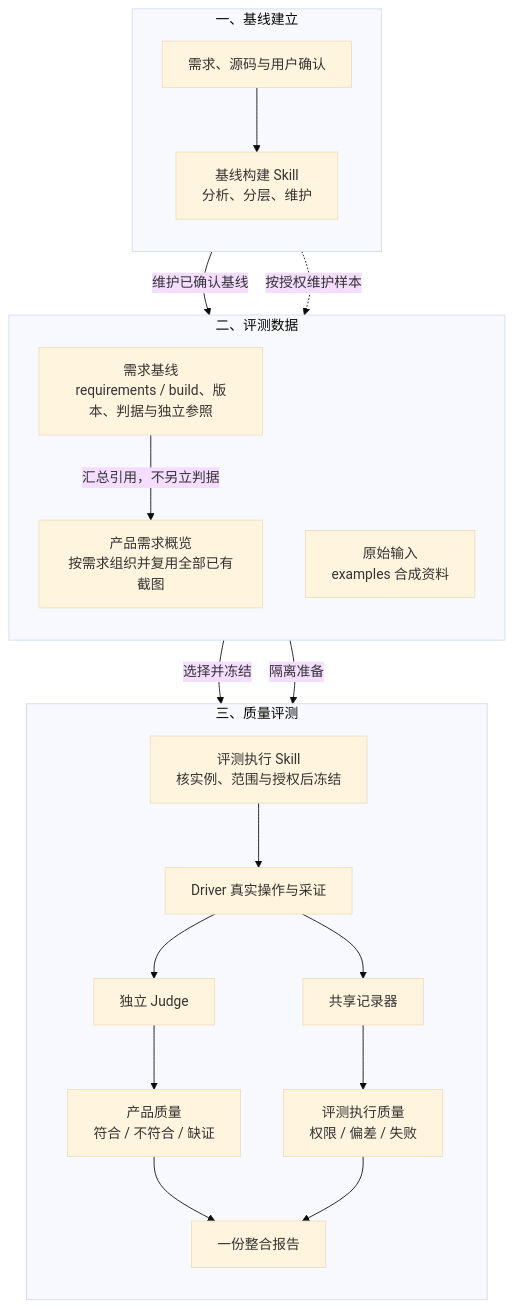
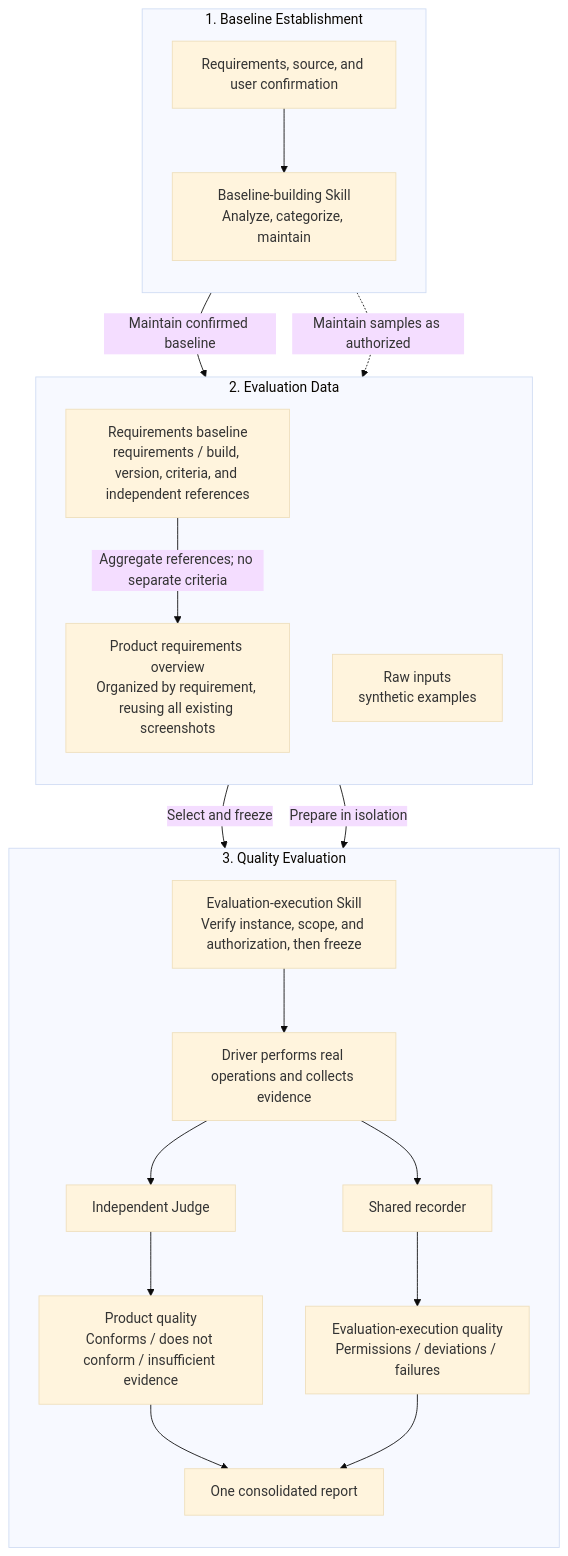
One commit to alibaba-damo-academy/ScholarSeed changed the first of 3 diagrams in apps/desktop/docs/architecture/evaluation.md. Above: the diagram before and after it, drawn with Mermaid (base theme). The commit also changed other lines of this file and 96 other files, not shown here.

````diff
--- a/apps/desktop/docs/architecture/evaluation.md
+++ b/apps/desktop/docs/architecture/evaluation.md
@@ -78,28 +56,28 @@
 ```mermaid
 flowchart TB
-    subgraph BuildArea["一、基线建立"]
+    subgraph BuildArea["1. Baseline Establishment"]
         direction TB
-        Source["需求、源码与用户确认"] --> Build["基线构建 Skill<br/>分析、分层、维护"]
+        Source["Requirements, source, and user confirmation"] --> Build["Baseline-building Skill<br/>Analyze, categorize, maintain"]
     end
-    subgraph DataArea["二、评测数据"]
+    subgraph DataArea["2. Evaluation Data"]
         direction TB
-        Baseline["需求基线<br/>requirements / build、版本、判据与独立参照"]
-        Examples["原始输入<br/>examples 合成资料"]
-        Overview["产品需求概览<br/>按需求组织并复用全部已有截图"]
+        Baseline["Requirements baseline<br/>requirements / build, version, criteria, and independent references"]
+        Examples["Raw inputs<br/>synthetic examples"]
+        Overview["Product requirements overview<br/>Organized by requirement, reusing all existing screenshots"]
     end
-    subgraph EvalArea["三、质量评测"]
+    subgraph EvalArea["3. Quality Evaluation"]
         direction TB
-        Run["评测执行 Skill<br/>核实例、范围与授权后冻结"] --> Driver["Driver 真实操作与采证"]
-        Driver --> Judge["独立 Judge"]
-        Driver --> Record["共享记录器"]
-        Judge --> Product["产品质量<br/>符合 / 不符合 / 缺证"]
-        Record --> Execution["评测执行质量<br/>权限 / 偏差 / 失败"]
-        Product --> Report["一份整合报告"]
+        Run["Evaluation-execution Skill<br/>Verify instance, scope, and authorization, then freeze"] --> Driver["Driver performs real operations and collects evidence"]
+        Driver --> Judge["Independent Judge"]
+        Driver --> Record["Shared recorder"]
+        Judge --> Product["Product quality<br/>Conforms / does not conform / insufficient evidence"]
+        Record --> Execution["Evaluation-execution quality<br/>Permissions / deviations / failures"]
+        Product --> Report["One consolidated report"]
         Execution --> Report
     end
-    Build -->|"维护已确认基线"| Baseline
-    Build -. "按授权维护样本" .-> Examples
-    Baseline -->|"汇总引用，不另立判据"| Overview
-    Baseline -->|"选择并冻结"| Run
-    Examples -->|"隔离准备"| Run
+    Build -->|"Maintain confirmed baseline"| Baseline
+    Build -. "Maintain samples as authorized" .-> Examples
+    Baseline -->|"Aggregate references; no separate criteria"| Overview
+    Baseline -->|"Select and freeze"| Run
+    Examples -->|"Prepare in isolation"| Run
 ```
````
